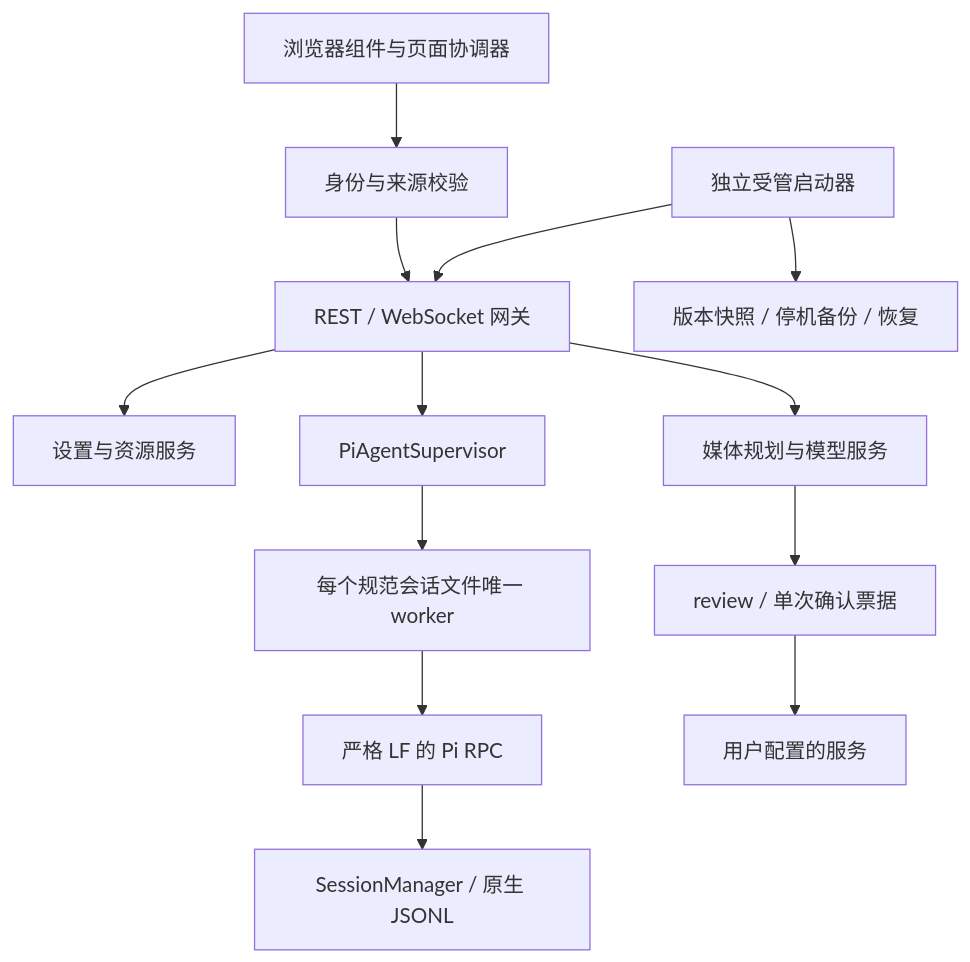
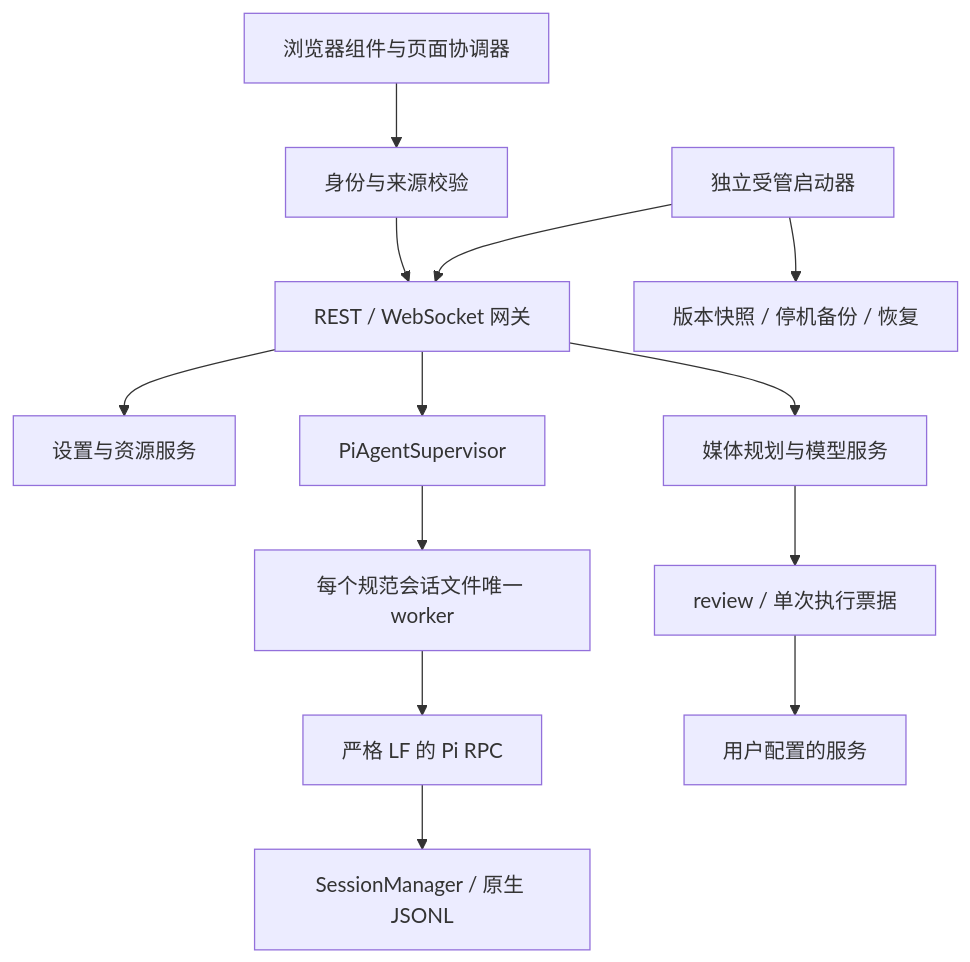
Before and after one commit to YogurtJ/pivane: the diagram in docs/development/ARCHITECTURE.md, drawn with Mermaid. The commit also changed other lines of this file and 25 other files, not shown here.

````diff
--- a/docs/development/ARCHITECTURE.md
+++ b/docs/development/ARCHITECTURE.md
@@ -7,15 +7,15 @@
 ```mermaid
 flowchart TD
   Browser[浏览器组件与页面协调器] --> Access[身份与来源校验]
   Access --> Gateway[REST / WebSocket 网关]
   Gateway --> Settings[设置与资源服务]
   Gateway --> Supervisor[PiAgentSupervisor]
   Supervisor --> Worker[每个规范会话文件唯一 worker]
   Worker --> RPC[严格 LF 的 Pi RPC]
   RPC --> Native[SessionManager / 原生 JSONL]
   Gateway --> Media[媒体规划与模型服务]
-  Media --> Ticket[review / 单次确认票据]
+  Media --> Ticket[review / 单次执行票据]
   Ticket --> Provider[用户配置的服务]
   Launcher[独立受管启动器] --> Gateway
   Launcher --> Release[版本快照 / 停机备份 / 恢复]
 ```
````
